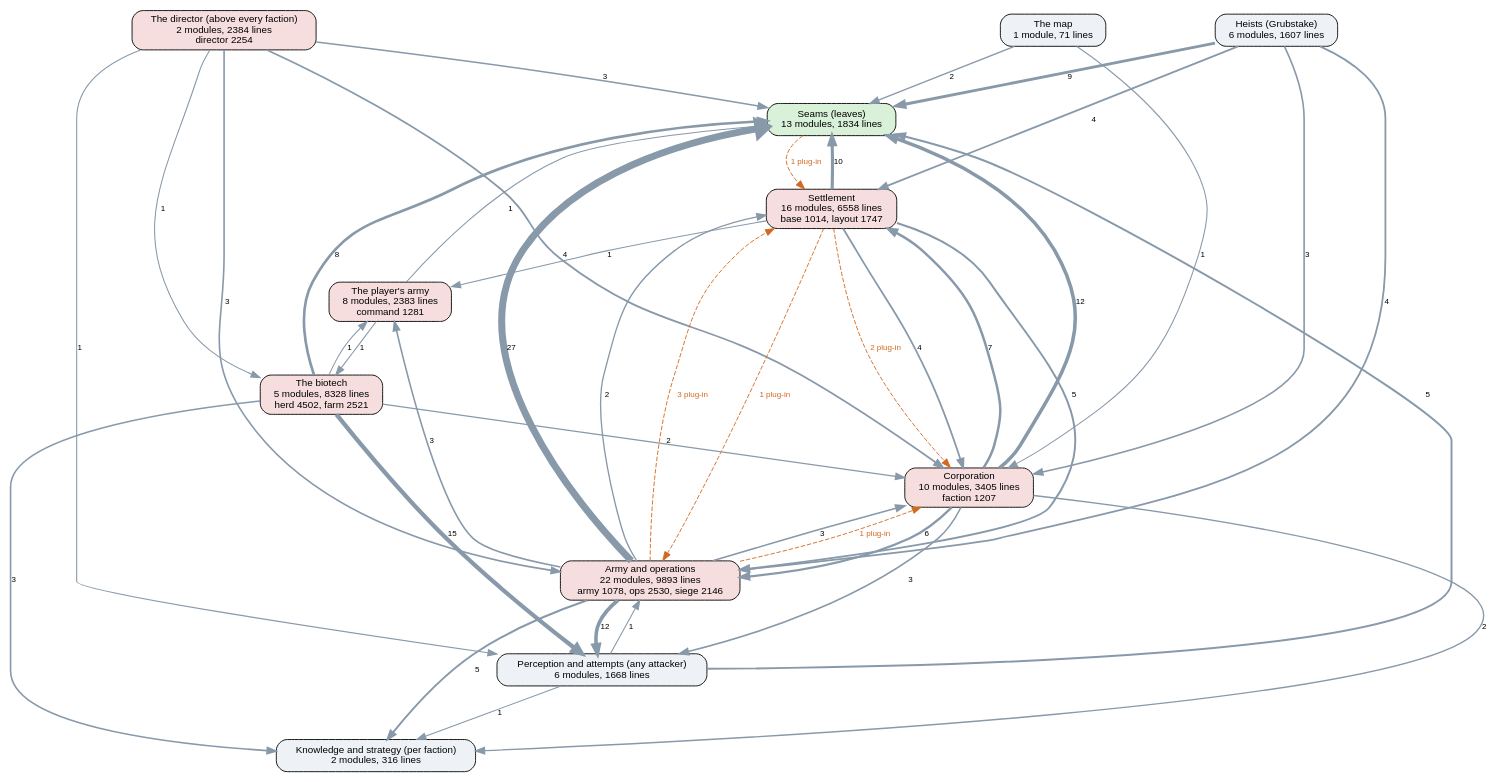
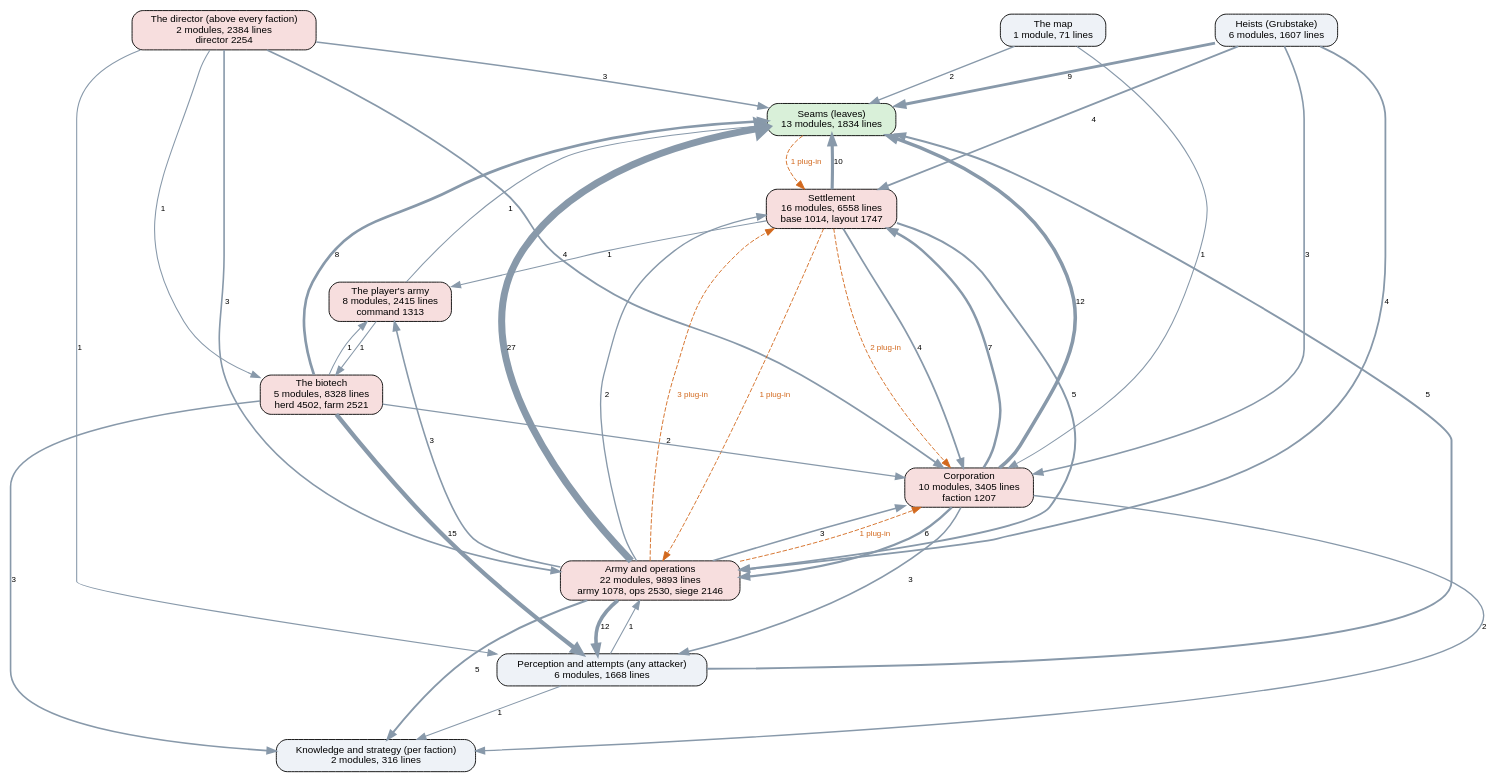
The diagram in docs/ai-layers.dot (kinelhu/landing-party), drawn with Graphviz before and after one commit. The commit also changed 10 other files, not shown here.

```diff
--- a/docs/ai-layers.dot
+++ b/docs/ai-layers.dot
@@ -1,57 +1,57 @@
 digraph layers {
   graph [rankdir=TB, fontname="Helvetica", nodesep=0.5, ranksep=0.7];
   node [shape=box, style="rounded,filled", fontname="Helvetica", fontsize=11, fillcolor="#eef2f7"];
   edge [color="#8899aa", fontname="Helvetica", fontsize=9];
   "Seams (leaves)" [label="Seams (leaves)\n13 modules, 1834 lines", fillcolor="#d9f0d9"];
   "Perception and attempts (any attacker)" [label="Perception and attempts (any attacker)\n6 modules, 1668 lines", fillcolor="#eef2f7"];
   "Knowledge and strategy (per faction)" [label="Knowledge and strategy (per faction)\n2 modules, 316 lines", fillcolor="#eef2f7"];
   "The director (above every faction)" [label="The director (above every faction)\n2 modules, 2384 lines\ndirector 2254", fillcolor="#f7dede"];
   "Corporation" [label="Corporation\n10 modules, 3405 lines\nfaction 1207", fillcolor="#f7dede"];
   "Settlement" [label="Settlement\n16 modules, 6558 lines\nbase 1014, layout 1747", fillcolor="#f7dede"];
   "Army and operations" [label="Army and operations\n22 modules, 9893 lines\narmy 1078, ops 2530, siege 2146", fillcolor="#f7dede"];
   "Heists (Grubstake)" [label="Heists (Grubstake)\n6 modules, 1607 lines", fillcolor="#eef2f7"];
   "The biotech" [label="The biotech\n5 modules, 8328 lines\nherd 4502, farm 2521", fillcolor="#f7dede"];
   "The map" [label="The map\n1 module, 71 lines", fillcolor="#eef2f7"];
-  "The player's army" [label="The player's army\n8 modules, 2383 lines\ncommand 1281", fillcolor="#f7dede"];
+  "The player's army" [label="The player's army\n8 modules, 2415 lines\ncommand 1313", fillcolor="#f7dede"];
   "Army and operations" -> "Corporation" [label="3", penwidth=1.8];
   "Army and operations" -> "Knowledge and strategy (per faction)" [label="5", penwidth=2.2];
   "Army and operations" -> "Perception and attempts (any attacker)" [label="12", penwidth=4.0];
   "Army and operations" -> "Seams (leaves)" [label="27", penwidth=7.8];
   "Army and operations" -> "Settlement" [label="2", penwidth=1.5];
   "Army and operations" -> "The player's army" [label="3", penwidth=1.8];
   "Corporation" -> "Army and operations" [label="6", penwidth=2.5];
   "Corporation" -> "Knowledge and strategy (per faction)" [label="2", penwidth=1.5];
   "Corporation" -> "Perception and attempts (any attacker)" [label="3", penwidth=1.8];
   "Corporation" -> "Seams (leaves)" [label="12", penwidth=4.0];
   "Corporation" -> "Settlement" [label="7", penwidth=2.8];
   "Heists (Grubstake)" -> "Army and operations" [label="4", penwidth=2.0];
   "Heists (Grubstake)" -> "Corporation" [label="3", penwidth=1.8];
   "Heists (Grubstake)" -> "Seams (leaves)" [label="9", penwidth=3.2];
   "Heists (Grubstake)" -> "Settlement" [label="4", penwidth=2.0];
   "Perception and attempts (any attacker)" -> "Army and operations" [label="1", penwidth=1.2];
   "Perception and attempts (any attacker)" -> "Knowledge and strategy (per faction)" [label="1", penwidth=1.2];
   "Perception and attempts (any attacker)" -> "Seams (leaves)" [label="5", penwidth=2.2];
   "Settlement" -> "Army and operations" [label="5", penwidth=2.2];
   "Settlement" -> "Corporation" [label="4", penwidth=2.0];
   "Settlement" -> "Seams (leaves)" [label="10", penwidth=3.5];
   "Settlement" -> "The player's army" [label="1", penwidth=1.2];
   "The biotech" -> "Corporation" [label="2", penwidth=1.5];
   "The biotech" -> "Knowledge and strategy (per faction)" [label="3", penwidth=1.8];
   "The biotech" -> "Perception and attempts (any attacker)" [label="15", penwidth=4.8];
   "The biotech" -> "Seams (leaves)" [label="8", penwidth=3.0];
   "The biotech" -> "The player's army" [label="1", penwidth=1.2];
   "The director (above every faction)" -> "Army and operations" [label="3", penwidth=1.8];
   "The director (above every faction)" -> "Corporation" [label="4", penwidth=2.0];
   "The director (above every faction)" -> "Perception and attempts (any attacker)" [label="1", penwidth=1.2];
   "The director (above every faction)" -> "Seams (leaves)" [label="3", penwidth=1.8];
   "The director (above every faction)" -> "The biotech" [label="1", penwidth=1.2];
   "The map" -> "Corporation" [label="1", penwidth=1.2];
   "The map" -> "Seams (leaves)" [label="2", penwidth=1.5];
   "The player's army" -> "Seams (leaves)" [label="1", penwidth=1.2];
   "The player's army" -> "The biotech" [label="1", penwidth=1.2];
   "Army and operations" -> "Corporation" [style=dashed, color="#d2691e", fontcolor="#d2691e", label="1 plug-in"];
   "Army and operations" -> "Settlement" [style=dashed, color="#d2691e", fontcolor="#d2691e", label="3 plug-in"];
   "Seams (leaves)" -> "Settlement" [style=dashed, color="#d2691e", fontcolor="#d2691e", label="1 plug-in"];
   "Settlement" -> "Army and operations" [style=dashed, color="#d2691e", fontcolor="#d2691e", label="1 plug-in"];
   "Settlement" -> "Corporation" [style=dashed, color="#d2691e", fontcolor="#d2691e", label="2 plug-in"];
 }
```
